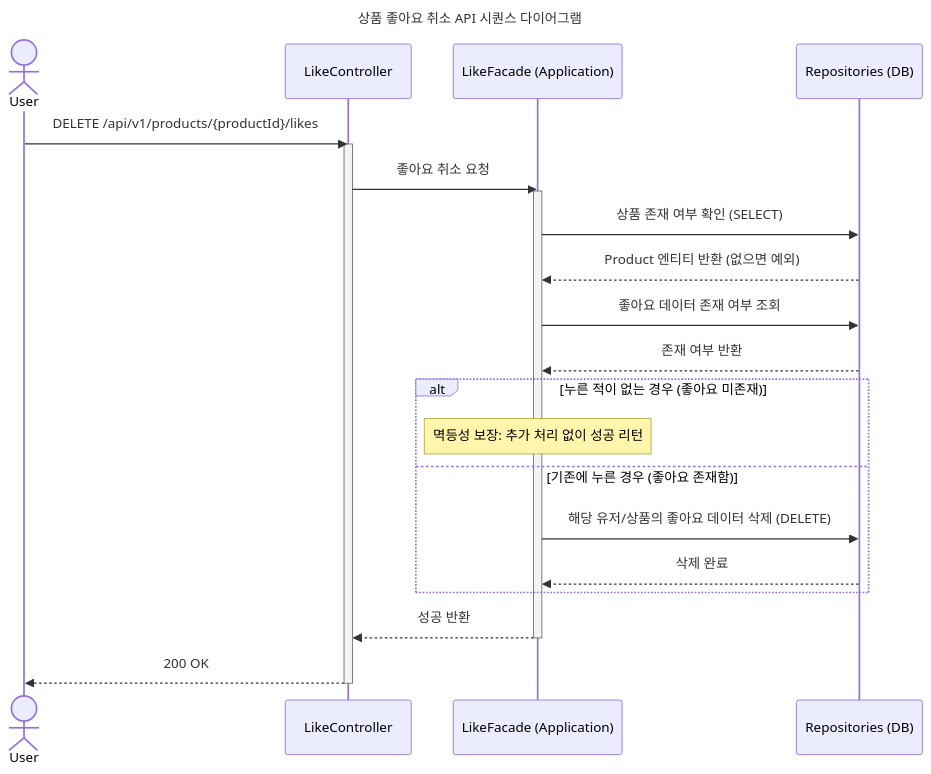
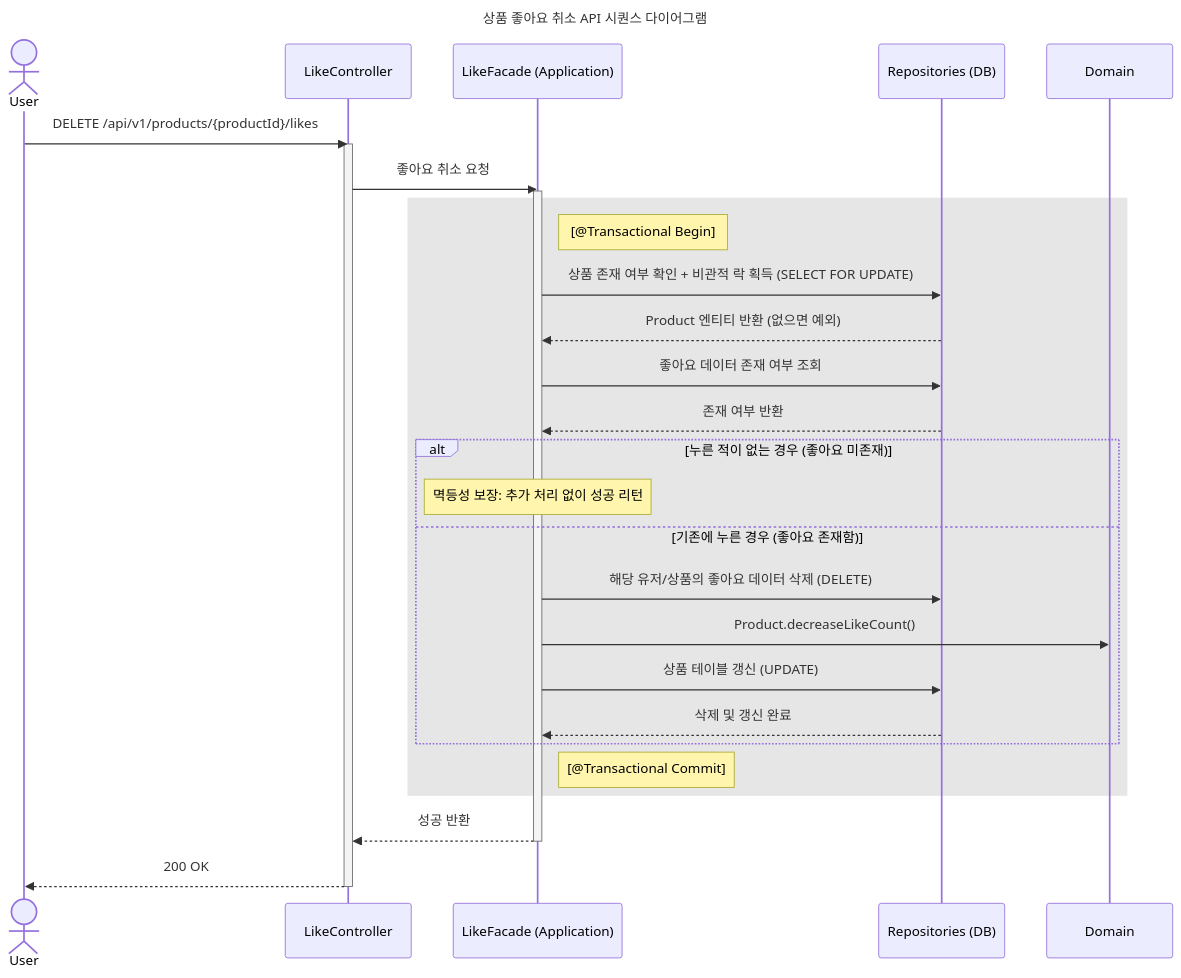
One commit to loopers-labs/loop-pack-be-l2-vol4-java changed the third of 5 diagrams in docs/week2/02-sequence-diagrams.md. Above: the diagram before and after it, drawn with Mermaid. The commit also changed other lines of this file and 3 other files, not shown here.

````diff
--- a/docs/week2/02-sequence-diagrams.md
+++ b/docs/week2/02-sequence-diagrams.md
@@ -98,33 +106,41 @@
 ```mermaid
 sequenceDiagram
     title 상품 좋아요 취소 API 시퀀스 다이어그램
     actor User
     participant Controller as LikeController
     participant Facade as LikeFacade (Application)
     participant Repo as Repositories (DB)
 
     User->>Controller: DELETE /api/v1/products/{productId}/likes
     activate Controller
 
     Controller->>Facade: 좋아요 취소 요청
     activate Facade
 
-    Facade->>Repo: 상품 존재 여부 확인 (SELECT)
-    Repo-->>Facade: Product 엔티티 반환 (없으면 예외)
+    rect rgba(128, 128, 128, 0.2)
+        Note right of Facade: [@Transactional Begin]
 
-    Facade->>Repo: 좋아요 데이터 존재 여부 조회
-    Repo-->>Facade: 존재 여부 반환
+        Facade->>Repo: 상품 존재 여부 확인 + 비관적 락 획득 (SELECT FOR UPDATE)
+        Repo-->>Facade: Product 엔티티 반환 (없으면 예외)
 
-    alt 누른 적이 없는 경우 (좋아요 미존재)
-        Note over Facade: 멱등성 보장: 추가 처리 없이 성공 리턴
-    else 기존에 누른 경우 (좋아요 존재함)
-        Facade->>Repo: 해당 유저/상품의 좋아요 데이터 삭제 (DELETE)
-        Repo-->>Facade: 삭제 완료
+        Facade->>Repo: 좋아요 데이터 존재 여부 조회
+        Repo-->>Facade: 존재 여부 반환
+
+        alt 누른 적이 없는 경우 (좋아요 미존재)
+            Note over Facade: 멱등성 보장: 추가 처리 없이 성공 리턴
+        else 기존에 누른 경우 (좋아요 존재함)
+            Facade->>Repo: 해당 유저/상품의 좋아요 데이터 삭제 (DELETE)
+            
+            Facade->>Domain: Product.decreaseLikeCount()
+            Facade->>Repo: 상품 테이블 갱신 (UPDATE)
+            Repo-->>Facade: 삭제 및 갱신 완료
+        end
+        Note right of Facade: [@Transactional Commit]
     end
 
     Facade-->>Controller: 성공 반환
     deactivate Facade
 
     Controller-->>User: 200 OK
     deactivate Controller
 ```
````
